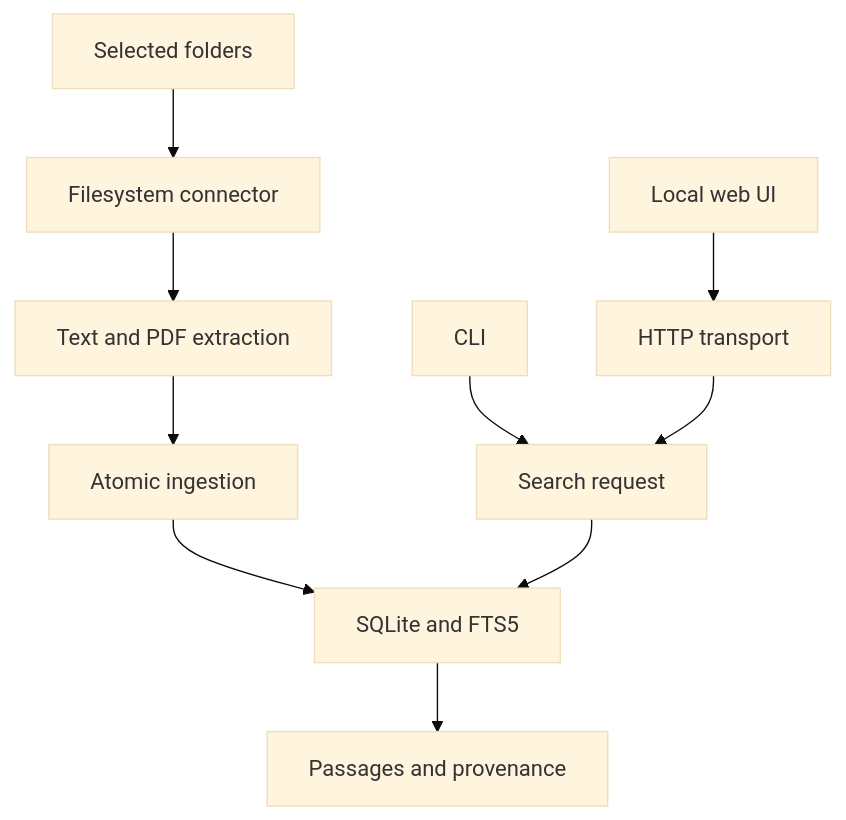
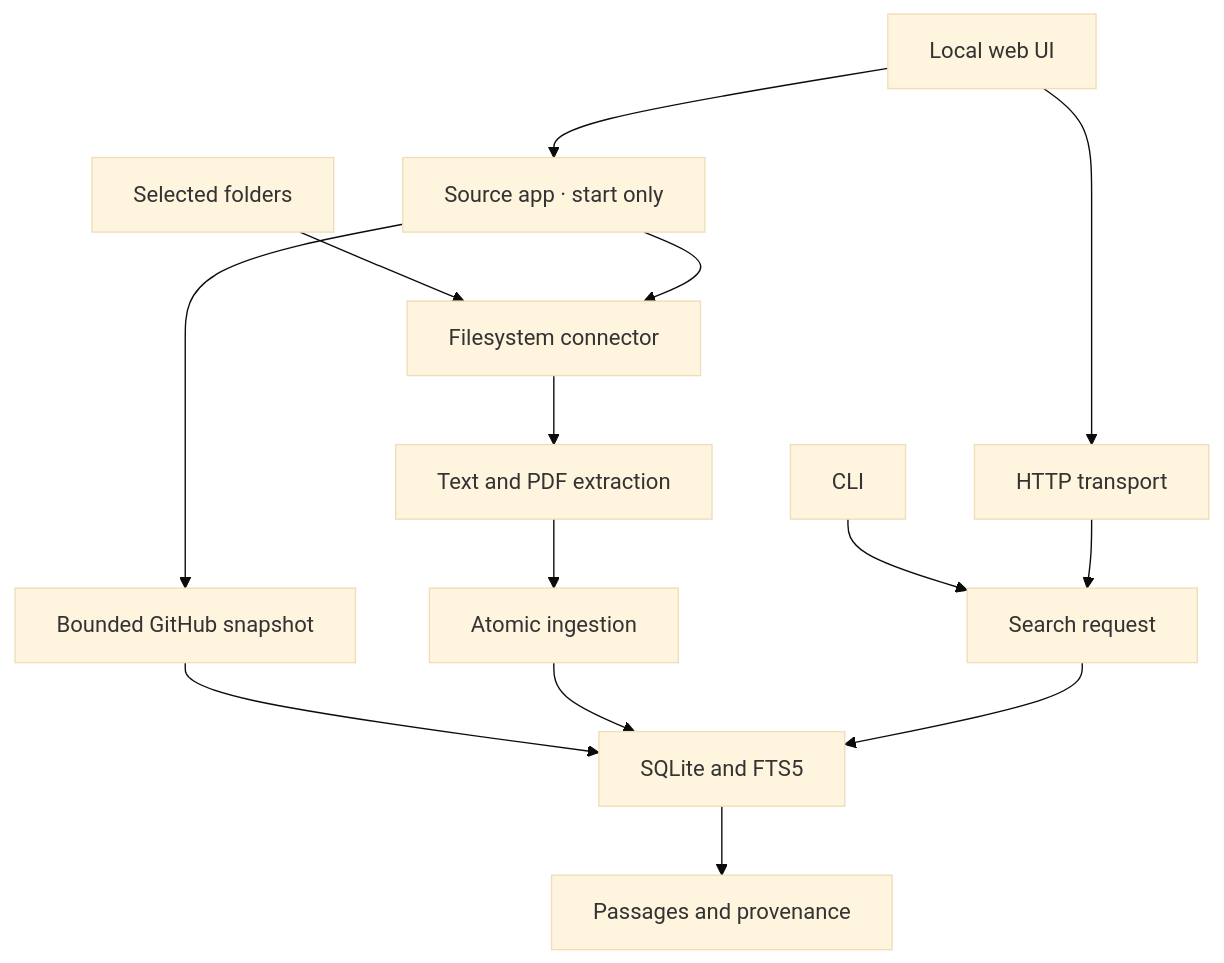
One commit to Lephiziel/findrail changed the diagram in docs/architecture.md. Above: the diagram before and after it, drawn with Mermaid (base theme). The commit also changed other lines of this file and 9 other files, not shown here.

````diff
--- a/docs/architecture.md
+++ b/docs/architecture.md
@@ -9,12 +9,16 @@
 ```mermaid
 flowchart TD
   F["Selected folders"] --> C["Filesystem connector"]
+  UI["Local web UI"] --> APP["Source app · start only"]
+  APP --> C
+  APP --> GH["Bounded GitHub snapshot"]
+  GH --> D["SQLite and FTS5"]
   C --> E["Text and PDF extraction"]
   E --> I["Atomic ingestion"]
   I --> D["SQLite and FTS5"]
   CLI["CLI"] --> Q["Search request"]
   UI["Local web UI"] --> H["HTTP transport"]
   H --> Q
   Q --> D
   D --> R["Passages and provenance"]
 ```
````
